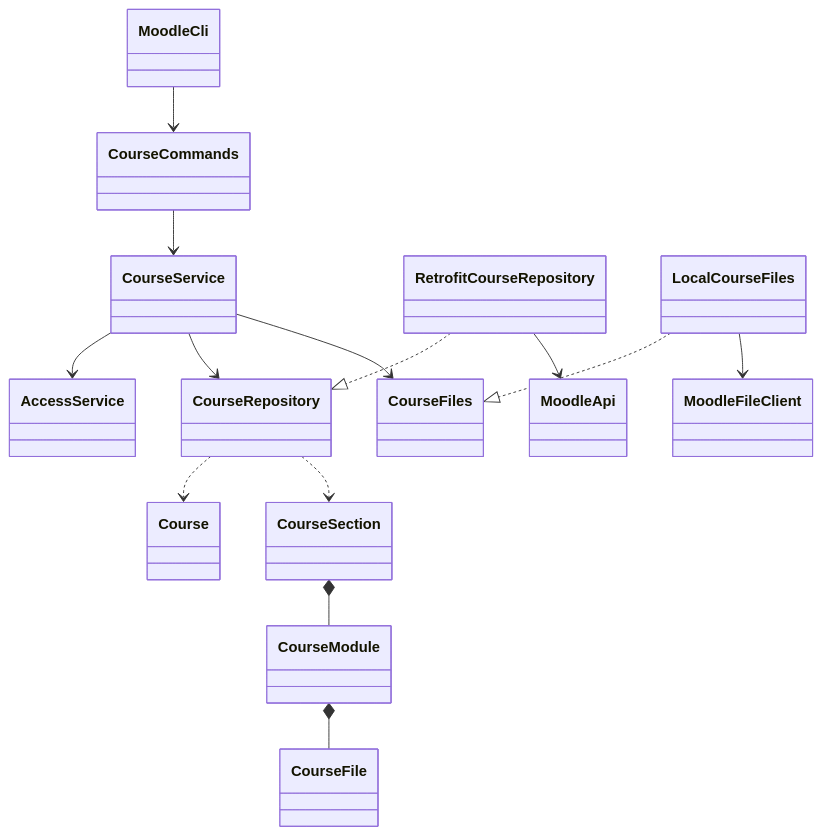
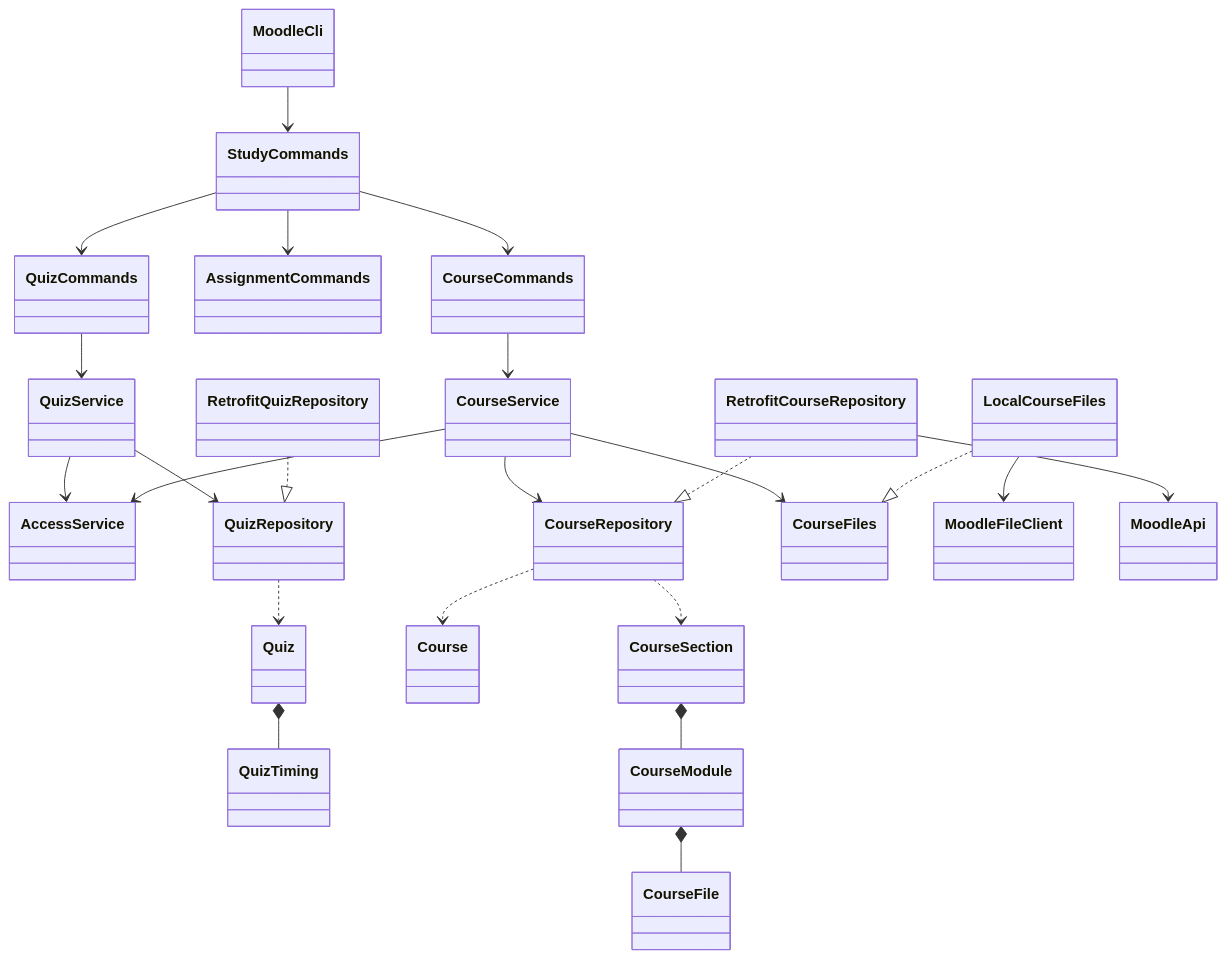
The diagram in Docs/ARCHITECTURE.md (DiogoGe/Moodle-CLI), drawn with Mermaid before and after one commit. The commit also changed other lines of this file and 57 other files, not shown here.

````diff
--- a/Docs/ARCHITECTURE.md
+++ b/Docs/ARCHITECTURE.md
@@ -9,16 +9,25 @@
 ```mermaid
 classDiagram
-    MoodleCli --> CourseCommands
+    MoodleCli --> StudyCommands
+    StudyCommands --> CourseCommands
+    StudyCommands --> AssignmentCommands
+    StudyCommands --> QuizCommands
+    QuizCommands --> QuizService
+    QuizService --> AccessService
+    QuizService --> QuizRepository
+    RetrofitQuizRepository ..|> QuizRepository
+    QuizRepository ..> Quiz
+    Quiz *-- QuizTiming
     CourseCommands --> CourseService
     CourseService --> AccessService
     CourseService --> CourseRepository
     CourseService --> CourseFiles
     RetrofitCourseRepository ..|> CourseRepository
     LocalCourseFiles ..|> CourseFiles
     LocalCourseFiles --> MoodleFileClient
     RetrofitCourseRepository --> MoodleApi
     CourseRepository ..> Course
     CourseRepository ..> CourseSection
     CourseSection *-- CourseModule
     CourseModule *-- CourseFile
 ```
````
